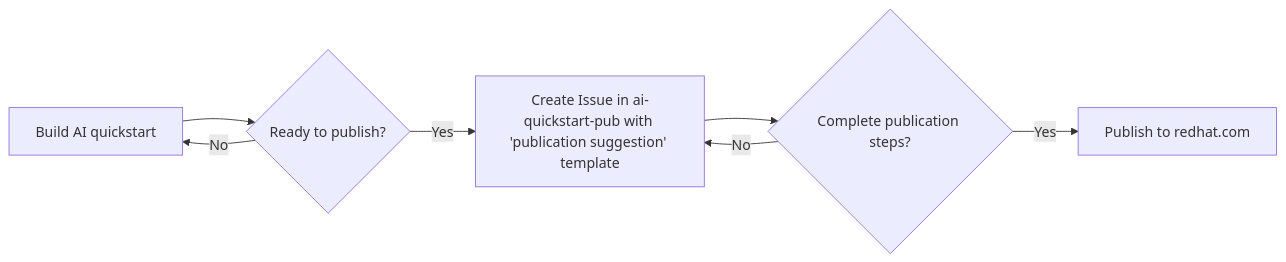
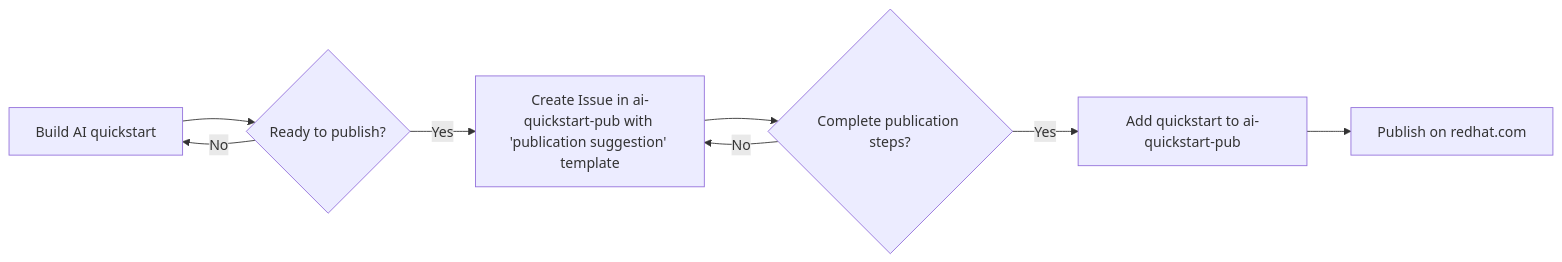
One commit to rh-ai-quickstart/ai-quickstart-contrib changed the diagram in PUBLISHING.md. Above: the diagram before and after it, drawn with Mermaid.

Commit message:
forgot a step

````diff
--- a/PUBLISHING.md
+++ b/PUBLISHING.md
@@ -8,9 +8,10 @@
 ```mermaid
   flowchart LR 
     A[Build AI quickstart] --> B{Ready to publish?};
     B -- Yes --> C[Create Issue in ai-quickstart-pub with 'publication suggestion' template];
     B -- No --> A;
     C --> D{Complete publication steps?};
     D -- No --> C;
-    D -- Yes --> E[Publish to redhat.com];
+    D -- Yes --> E[Add quickstart to ai-quickstart-pub];
+    E --> F[Publish on redhat.com];
 ```
````
